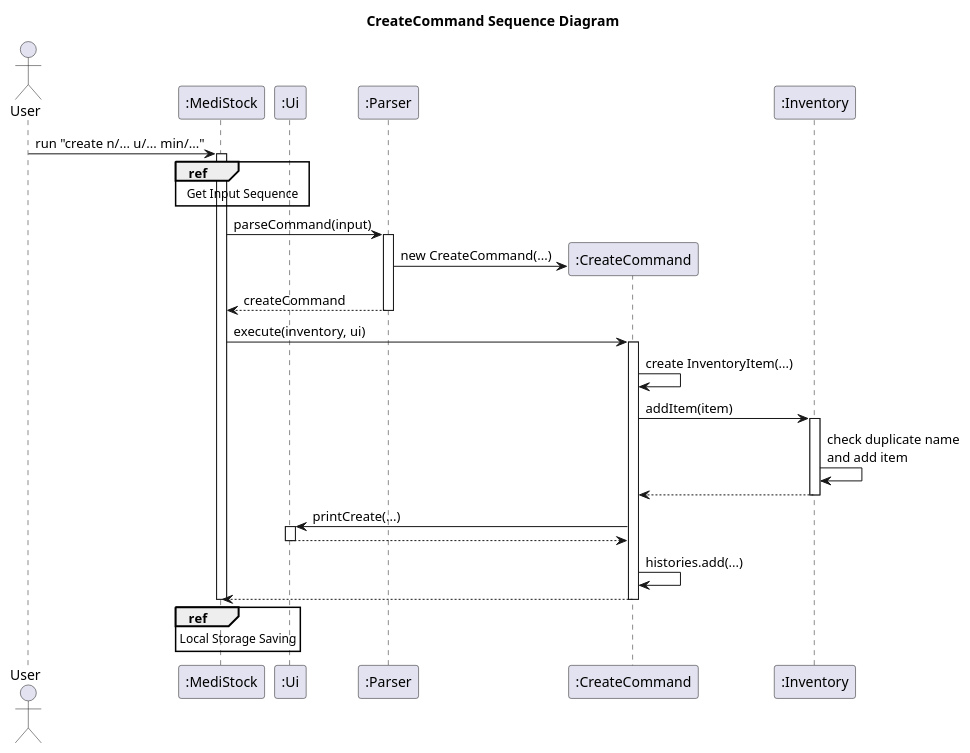
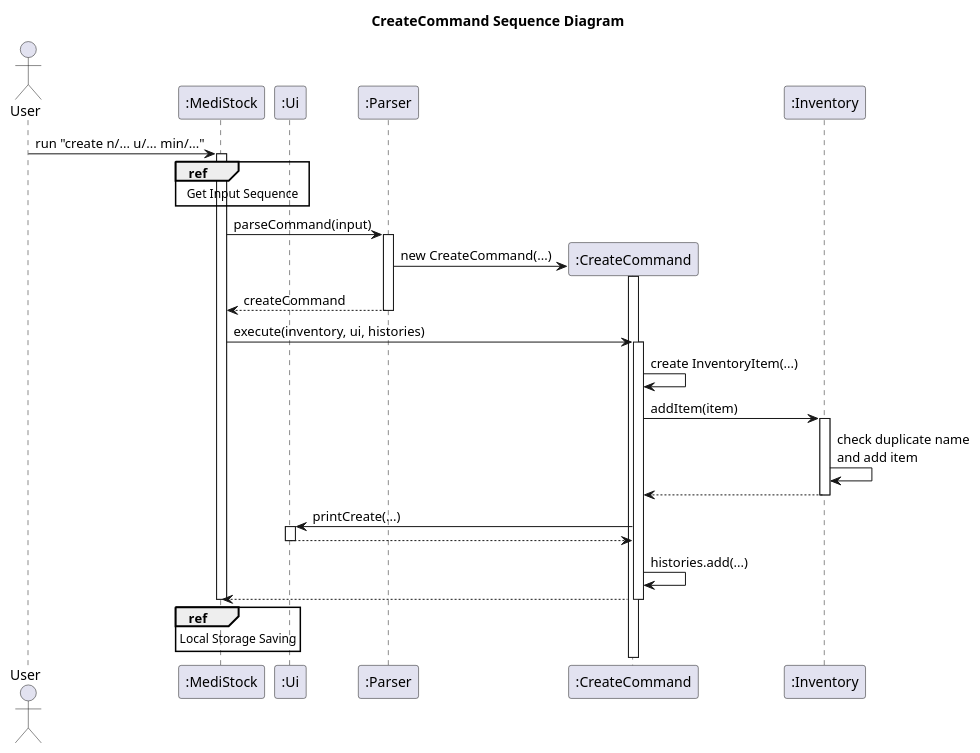
One commit to Yonish18/tp changed the diagram in docs/uml/CreateCommandSequenceDiagram.puml. Above: the diagram before and after it, drawn with PlantUML. The commit also changed 3 other files, not shown here.

Commit message:
Update CreateCommand and EditCommand UML Diagram in DG

```diff
--- a/docs/uml/CreateCommandSequenceDiagram.puml
+++ b/docs/uml/CreateCommandSequenceDiagram.puml
@@ -1,47 +1,48 @@
 @startuml
 title CreateCommand Sequence Diagram
 
 actor User
 participant ":MediStock" as App
 participant ":Ui" as Ui
 participant ":Parser" as Parser
 participant ":CreateCommand" as CreateCommand
 participant ":Inventory" as Inventory
 
 User -> App : run "create n/... u/... min/..."
 activate App
 ref over App, Ui
     Get Input Sequence
 end
 
 App -> Parser : parseCommand(input)
 activate Parser
 create CreateCommand
-Parser -> CreateCommand : new CreateCommand(...)
+Parser -> CreateCommand ++ : new CreateCommand(...)
+deactivate CreateCommand
 Parser --> App : createCommand
 deactivate Parser
 
-App -> CreateCommand : execute(inventory, ui)
+App -> CreateCommand : execute(inventory, ui, histories)
 activate CreateCommand
 
 CreateCommand -> CreateCommand : create InventoryItem(...)
 CreateCommand -> Inventory : addItem(item)
 activate Inventory
 Inventory -> Inventory : check duplicate name\nand add item
 Inventory --> CreateCommand
 deactivate Inventory
 
 CreateCommand -> Ui : printCreate(...)
 activate Ui
 Ui --> CreateCommand
 deactivate Ui
 
 CreateCommand -> CreateCommand : histories.add(...)
 CreateCommand --> App
 deactivate CreateCommand
 
 ref over App
     Local Storage Saving
 end
 deactivate App
 @enduml
```
